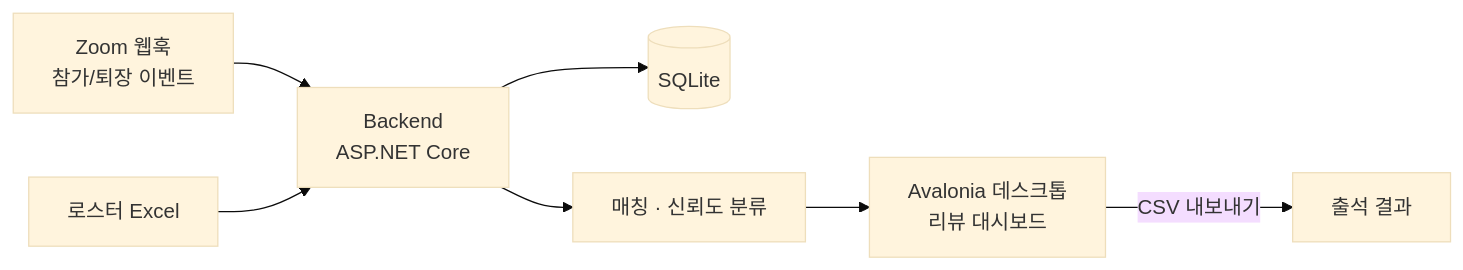
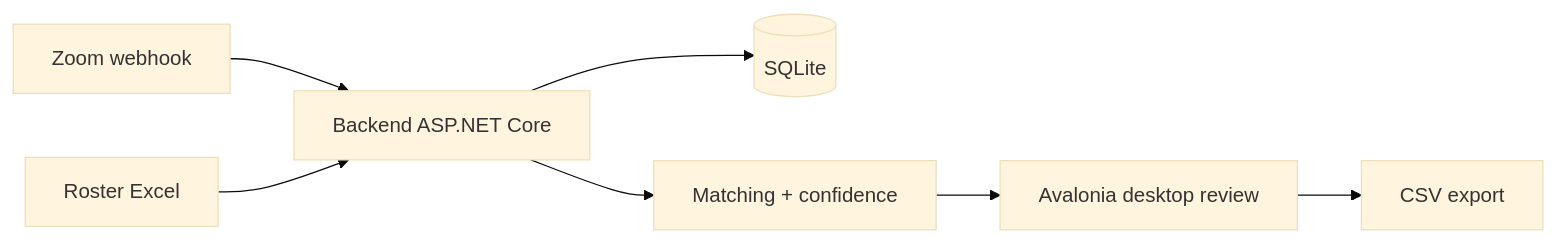
The diagram in README.md (ianlyoo/zoomcheck), drawn with Mermaid (base theme) before and after one commit. The commit also changed other lines of this file and 4 other files, not shown here.

````diff
--- a/README.md
+++ b/README.md
@@ -16,9 +53,9 @@
 ```mermaid
 flowchart LR
-    A[Zoom 웹훅<br/>참가/퇴장 이벤트] --> B[Backend<br/>ASP.NET Core]
-    C[로스터 Excel] --> B
-    B --> D[(SQLite)]
-    B --> E[매칭 · 신뢰도 분류]
-    E --> F[Avalonia 데스크톱<br/>리뷰 대시보드]
-    F -- "CSV 내보내기" --> G[출석 결과]
+  A[Zoom webhook] --> B[Backend ASP.NET Core]
+  C[Roster Excel] --> B
+  B --> D[(SQLite)]
+  B --> E[Matching + confidence]
+  E --> F[Avalonia desktop review]
+  F --> G[CSV export]
 ```
````
